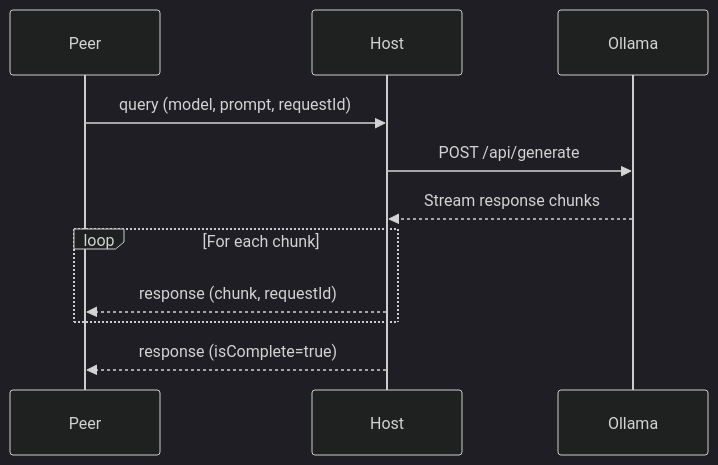
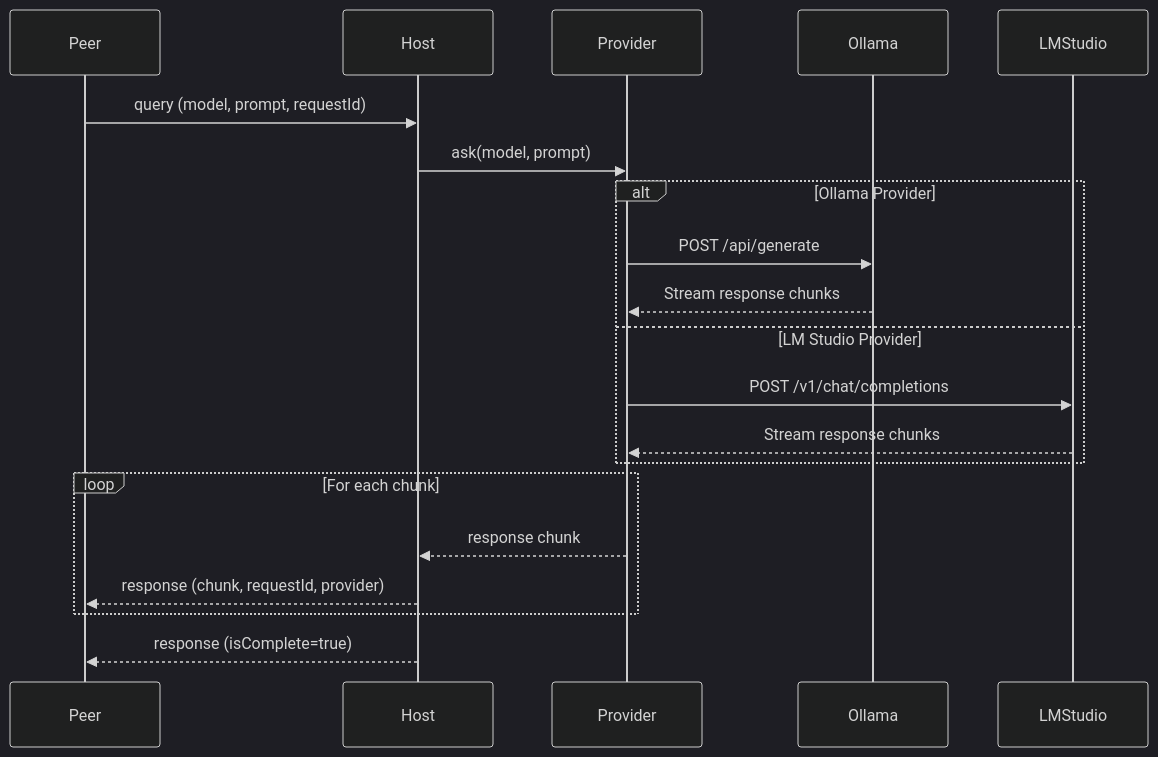
The second of 5 diagrams in memory-bank/systemPatterns.md (noubre/seekdeep), drawn with Mermaid (dark theme) before and after one commit. The commit also changed other lines of this file and 4 other files, not shown here.

````diff
--- a/memory-bank/systemPatterns.md
+++ b/memory-bank/systemPatterns.md
@@ -80,14 +138,25 @@
 ```mermaid
 sequenceDiagram
     participant Peer
     participant Host
+    participant Provider
     participant Ollama
+    participant LMStudio
     
     Peer->>Host: query (model, prompt, requestId)
-    Host->>Ollama: POST /api/generate
-    Ollama-->>Host: Stream response chunks
+    Host->>Provider: ask(model, prompt)
+    
+    alt Ollama Provider
+        Provider->>Ollama: POST /api/generate
+        Ollama-->>Provider: Stream response chunks
+    else LM Studio Provider
+        Provider->>LMStudio: POST /v1/chat/completions
+        LMStudio-->>Provider: Stream response chunks
+    end
+    
     loop For each chunk
-        Host-->>Peer: response (chunk, requestId)
+        Provider-->>Host: response chunk
+        Host-->>Peer: response (chunk, requestId, provider)
     end
     Host-->>Peer: response (isComplete=true)
 ```
````
